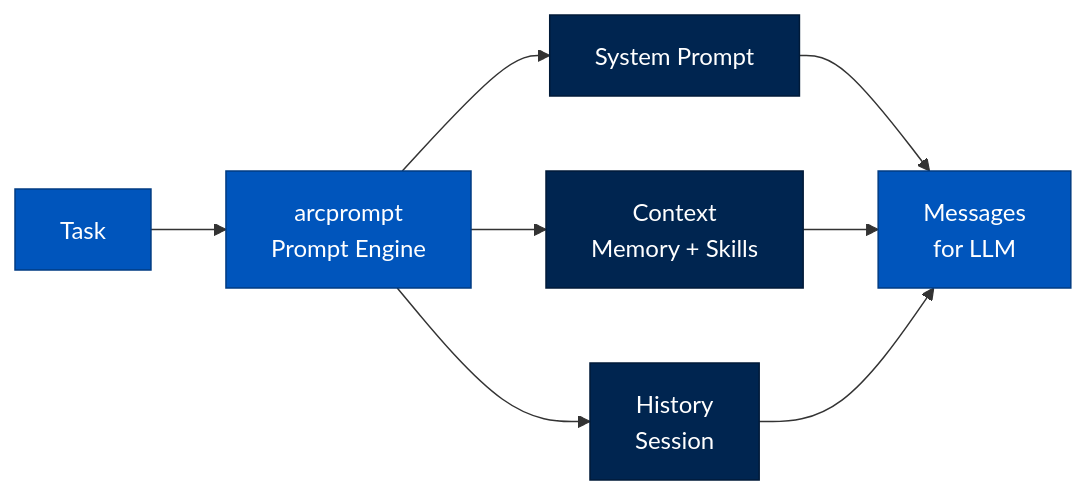
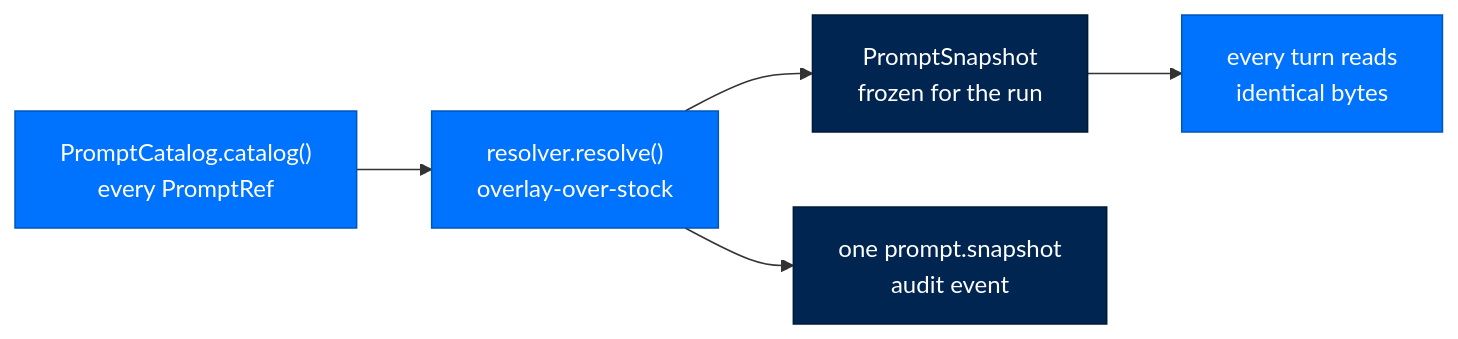
Before and after one commit to joshuamschultz/Arc: the second of 2 diagrams in docs/building/packages/arcprompt.md, drawn with Mermaid. The commit also changed other lines of this file and 13 other files, not shown here.

````diff
--- a/docs/building/packages/arcprompt.md
+++ b/docs/building/packages/arcprompt.md
@@ -17,13 +205,10 @@
 ```mermaid
 flowchart LR
-    classDef prompt fill:#0055BC,stroke:#003B82,color:#FFFFFF
-    classDef template fill:#002550,stroke:#001A38,color:#FFFFFF
+    classDef step fill:#0073FE,stroke:#0055BC,color:#FFFFFF
+    classDef out fill:#002550,stroke:#001A38,color:#FFFFFF
 
-    Task[Task]:::prompt --> arcprompt[arcprompt<br/>Prompt Engine]:::prompt
-    arcprompt --> System[System Prompt]:::template
-    arcprompt --> Context[Context<br/>Memory + Skills]:::template
-    arcprompt --> History[History<br/>Session]:::template
-    System --> Messages[Messages<br/>for LLM]:::prompt
-    Context --> Messages
-    History --> Messages
+    A["PromptCatalog.catalog()<br/>every PromptRef"]:::step --> B["resolver.resolve()<br/>overlay-over-stock"]:::step
+    B --> C["PromptSnapshot<br/>frozen for the run"]:::out
+    B --> D["one prompt.snapshot<br/>audit event"]:::out
+    C --> E["every turn reads<br/>identical bytes"]:::step
 ```
````
